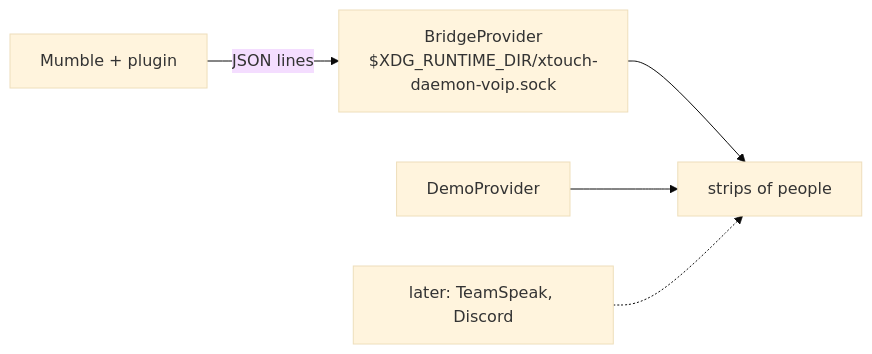
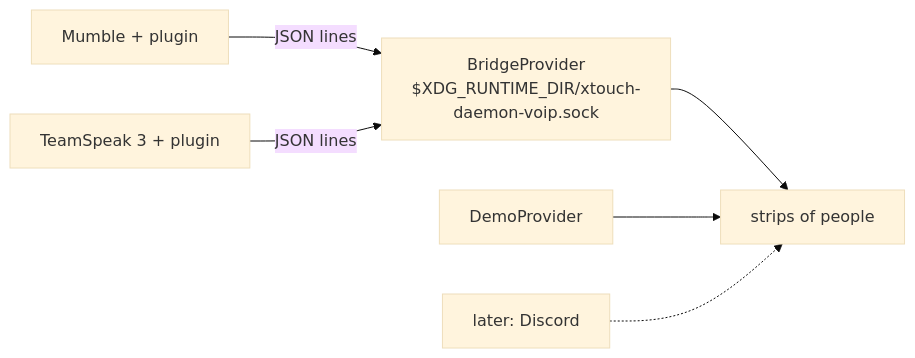
One commit to markusressel/xtouch-daemon changed the diagram in docs/development/design/voice-chat.md. Above: the diagram before and after it, drawn with Mermaid (base theme). The commit also changed other lines of this file and 30 other files, not shown here.

First line of the commit message:
TeamSpeak 3 plugin for the strips of people

````diff
--- a/docs/development/design/voice-chat.md
+++ b/docs/development/design/voice-chat.md
@@ -27,7 +28,8 @@
 ```mermaid
 graph LR
     Mumble[Mumble + plugin] -- "JSON lines" --> Bridge
+    TeamSpeak[TeamSpeak 3 + plugin] -- "JSON lines" --> Bridge
     Bridge[BridgeProvider<br/>$XDG_RUNTIME_DIR/xtouch-daemon-voip.sock] --> Strips[strips of people]
     Demo[DemoProvider] --> Strips
-    Later[later: TeamSpeak, Discord] -.-> Strips
+    Later[later: Discord] -.-> Strips
 ```
````
